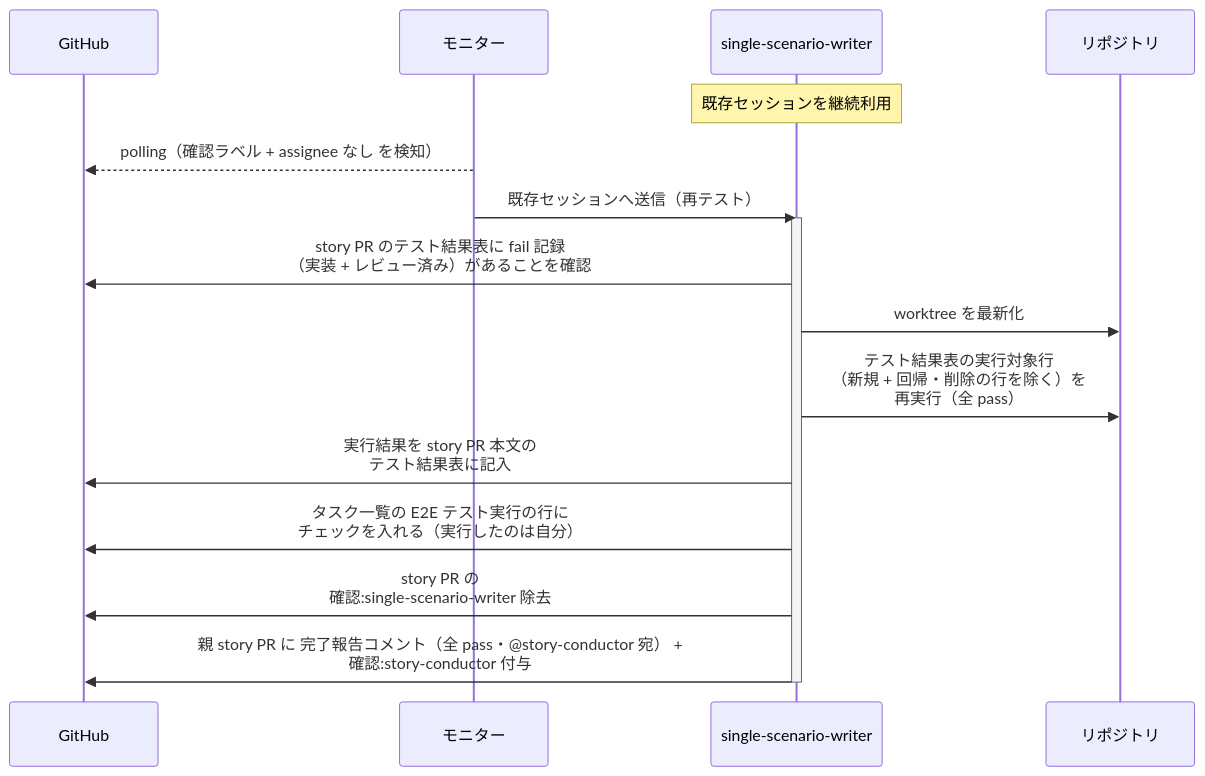
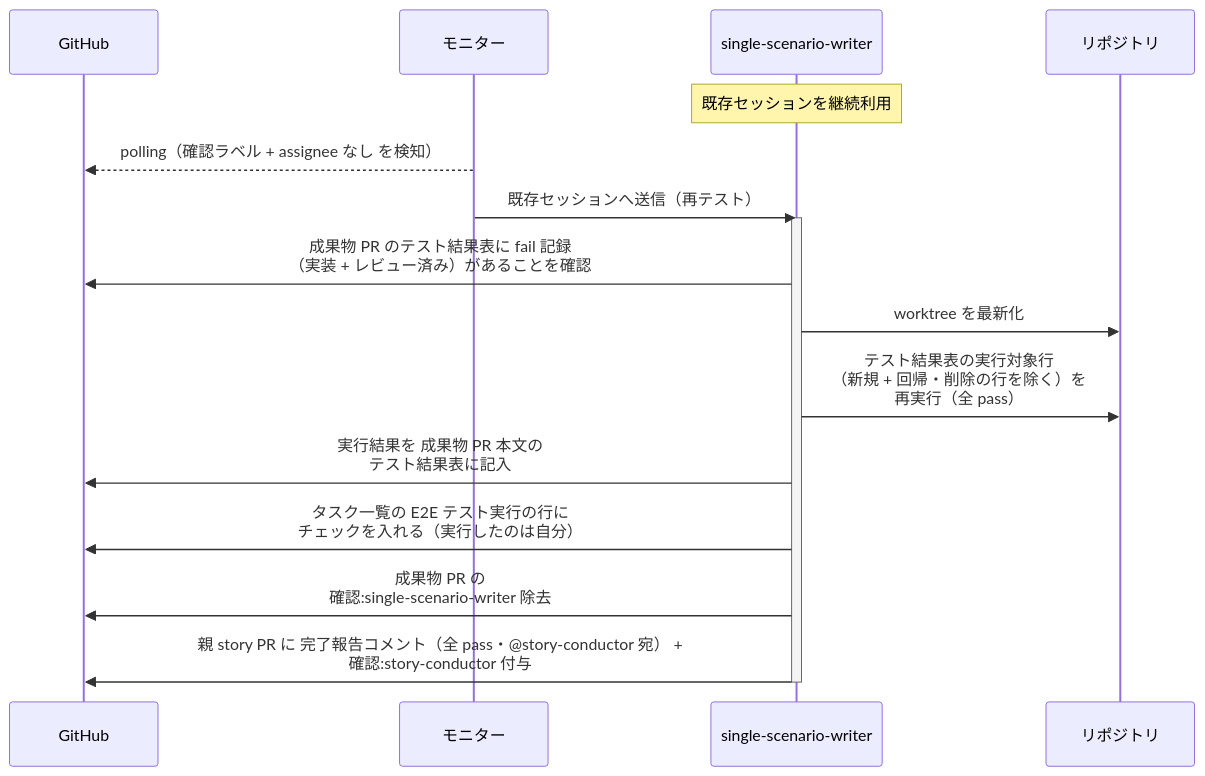
The second of 2 diagrams in docs/wiki/設計図/シナリオ/単一ユースケース/統合テスト指揮.md (shuhei1101/ai-monitor), drawn with Mermaid before and after one commit. The commit also changed other lines of this file and 103 other files, not shown here.

````diff
--- a/docs/wiki/設計図/シナリオ/単一ユースケース/統合テスト指揮.md
+++ b/docs/wiki/設計図/シナリオ/単一ユースケース/統合テスト指揮.md
@@ -70,20 +70,20 @@
 ```mermaid
 sequenceDiagram
   participant GH as GitHub
   participant ORC as モニター
   participant MON as single-scenario-writer
   participant REPO as リポジトリ
 
   Note over MON: 既存セッションを継続利用
   ORC-->>GH: polling（確認ラベル + assignee なし を検知）
   ORC->>MON: 既存セッションへ送信（再テスト）
   activate MON
-  MON->>GH: story PR のテスト結果表に fail 記録<br>（実装 + レビュー済み）があることを確認
+  MON->>GH: 成果物 PR のテスト結果表に fail 記録<br>（実装 + レビュー済み）があることを確認
   MON->>REPO: worktree を最新化
   MON->>REPO: テスト結果表の実行対象行<br>（新規 + 回帰・削除の行を除く）を<br>再実行（全 pass）
-  MON->>GH: 実行結果を story PR 本文の<br>テスト結果表に記入
+  MON->>GH: 実行結果を 成果物 PR 本文の<br>テスト結果表に記入
   MON->>GH: タスク一覧の E2E テスト実行の行に<br>チェックを入れる（実行したのは自分）
-  MON->>GH: story PR の<br>確認:single-scenario-writer 除去
+  MON->>GH: 成果物 PR の<br>確認:single-scenario-writer 除去
   MON->>GH: 親 story PR に 完了報告コメント（全 pass・@story-conductor 宛） +<br>確認:story-conductor 付与
   deactivate MON
 ```
````
